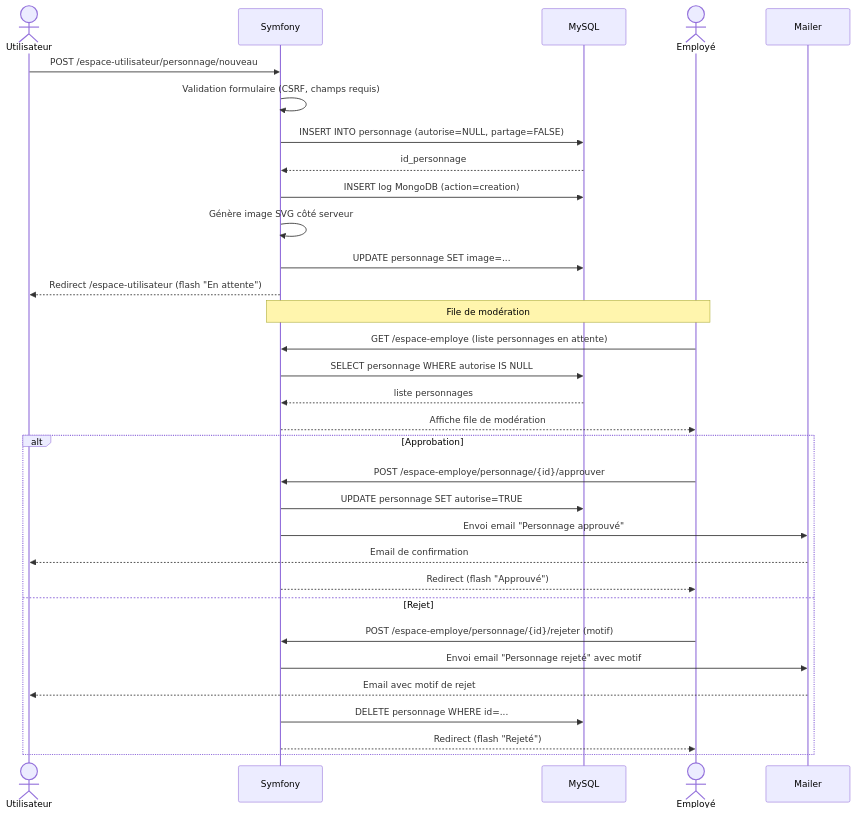
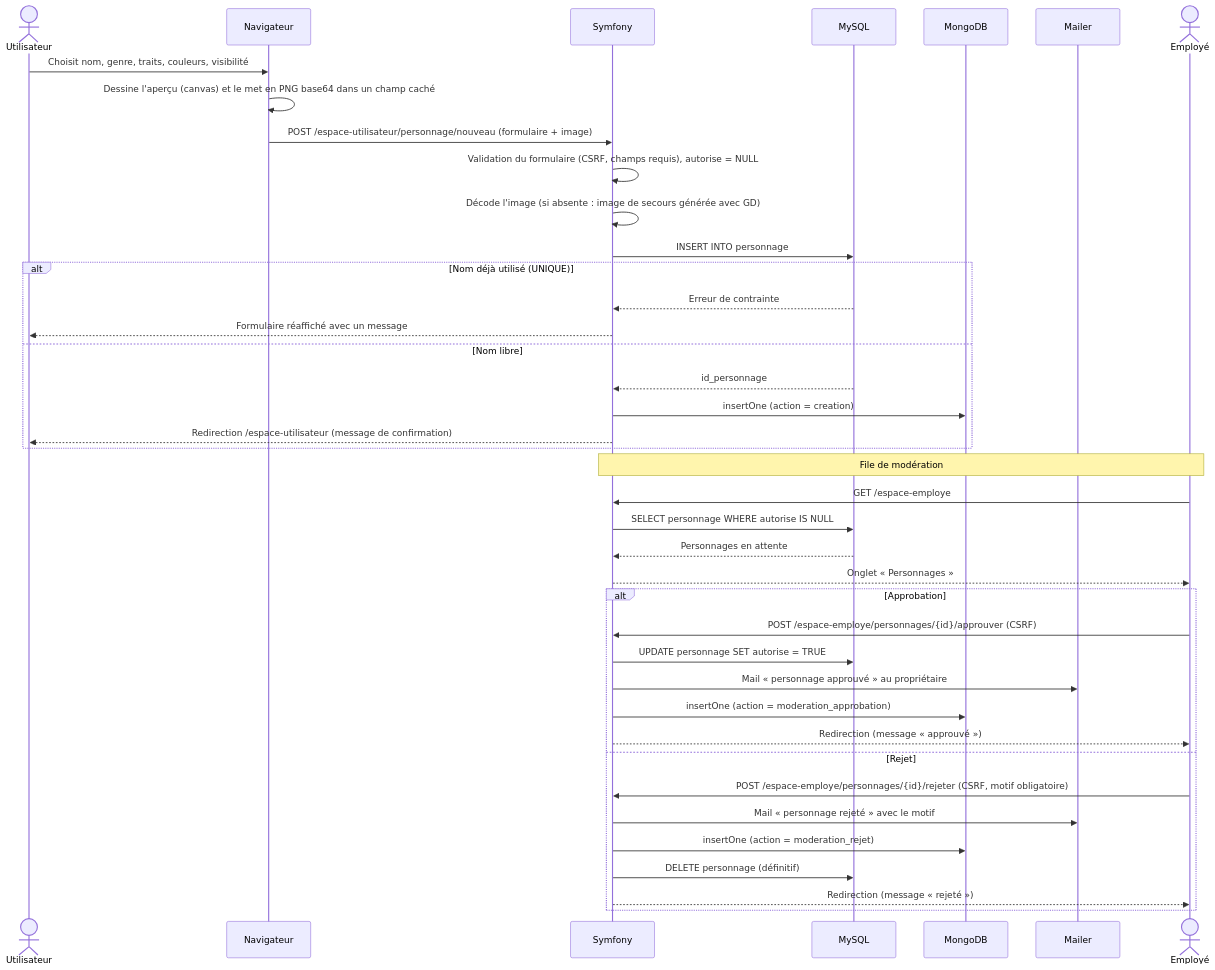
One commit to StG3rm4in/fantasy_realm changed the third of 5 diagrams in docs/documentation-technique.md. Above: the diagram before and after it, drawn with Mermaid. The commit also changed other lines of this file, not shown here.

First line of the commit message:
Documentation technique relue et corrigée d'après le code et le serveur

````diff
--- a/docs/documentation-technique.md
+++ b/docs/documentation-technique.md
@@ -207,38 +219,46 @@
 ```mermaid
 sequenceDiagram
     actor Utilisateur
+    participant Navigateur
     participant Symfony
     participant MySQL
+    participant MongoDB
+    participant Mailer
     actor Employé
-    participant Mailer
 
-    Utilisateur->>Symfony: POST /espace-utilisateur/personnage/nouveau
-    Symfony->>Symfony: Validation formulaire (CSRF, champs requis)
-    Symfony->>MySQL: INSERT INTO personnage (autorise=NULL, partage=FALSE)
-    MySQL-->>Symfony: id_personnage
-    Symfony->>MySQL: INSERT log MongoDB (action=creation)
-    Symfony->>Symfony: Génère image SVG côté serveur
-    Symfony->>MySQL: UPDATE personnage SET image=...
-    Symfony-->>Utilisateur: Redirect /espace-utilisateur (flash "En attente")
+    Utilisateur->>Navigateur: Choisit nom, genre, traits, couleurs, visibilité
+    Navigateur->>Navigateur: Dessine l'aperçu (canvas) et le met en PNG base64 dans un champ caché
+    Navigateur->>Symfony: POST /espace-utilisateur/personnage/nouveau (formulaire + image)
+    Symfony->>Symfony: Validation du formulaire (CSRF, champs requis), autorise = NULL
+    Symfony->>Symfony: Décode l'image (si absente : image de secours générée avec GD)
+    Symfony->>MySQL: INSERT INTO personnage
+    alt Nom déjà utilisé (UNIQUE)
+        MySQL-->>Symfony: Erreur de contrainte
+        Symfony-->>Utilisateur: Formulaire réaffiché avec un message
+    else Nom libre
+        MySQL-->>Symfony: id_personnage
+        Symfony->>MongoDB: insertOne (action = creation)
+        Symfony-->>Utilisateur: Redirection /espace-utilisateur (message de confirmation)
+    end
 
     Note over Employé,Symfony: File de modération
 
-    Employé->>Symfony: GET /espace-employe (liste personnages en attente)
+    Employé->>Symfony: GET /espace-employe
     Symfony->>MySQL: SELECT personnage WHERE autorise IS NULL
-    MySQL-->>Symfony: liste personnages
-    Symfony-->>Employé: Affiche file de modération
+    MySQL-->>Symfony: Personnages en attente
+    Symfony-->>Employé: Onglet « Personnages »
 
     alt Approbation
-        Employé->>Symfony: POST /espace-employe/personnage/{id}/approuver
-        Symfony->>MySQL: UPDATE personnage SET autorise=TRUE
-        Symfony->>Mailer: Envoi email "Personnage approuvé"
-        Mailer-->>Utilisateur: Email de confirmation
-        Symfony-->>Employé: Redirect (flash "Approuvé")
+        Employé->>Symfony: POST /espace-employe/personnages/{id}/approuver (CSRF)
+        Symfony->>MySQL: UPDATE personnage SET autorise = TRUE
+        Symfony->>Mailer: Mail « personnage approuvé » au propriétaire
+        Symfony->>MongoDB: insertOne (action = moderation_approbation)
+        Symfony-->>Employé: Redirection (message « approuvé »)
     else Rejet
-        Employé->>Symfony: POST /espace-employe/personnage/{id}/rejeter (motif)
-        Symfony->>Mailer: Envoi email "Personnage rejeté" avec motif
-        Mailer-->>Utilisateur: Email avec motif de rejet
-        Symfony->>MySQL: DELETE personnage WHERE id=...
-        Symfony-->>Employé: Redirect (flash "Rejeté")
+        Employé->>Symfony: POST /espace-employe/personnages/{id}/rejeter (CSRF, motif obligatoire)
+        Symfony->>Mailer: Mail « personnage rejeté » avec le motif
+        Symfony->>MongoDB: insertOne (action = moderation_rejet)
+        Symfony->>MySQL: DELETE personnage (définitif)
+        Symfony-->>Employé: Redirection (message « rejeté »)
     end
 ```
````
